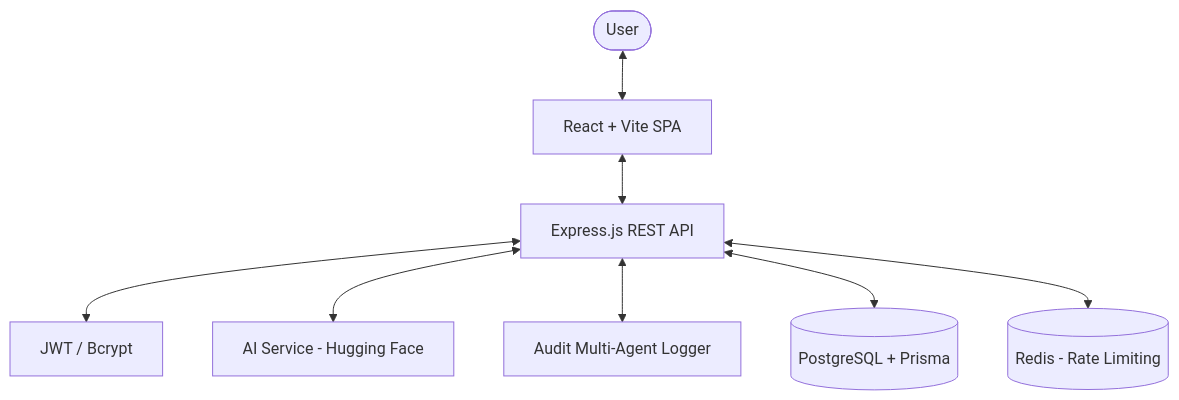
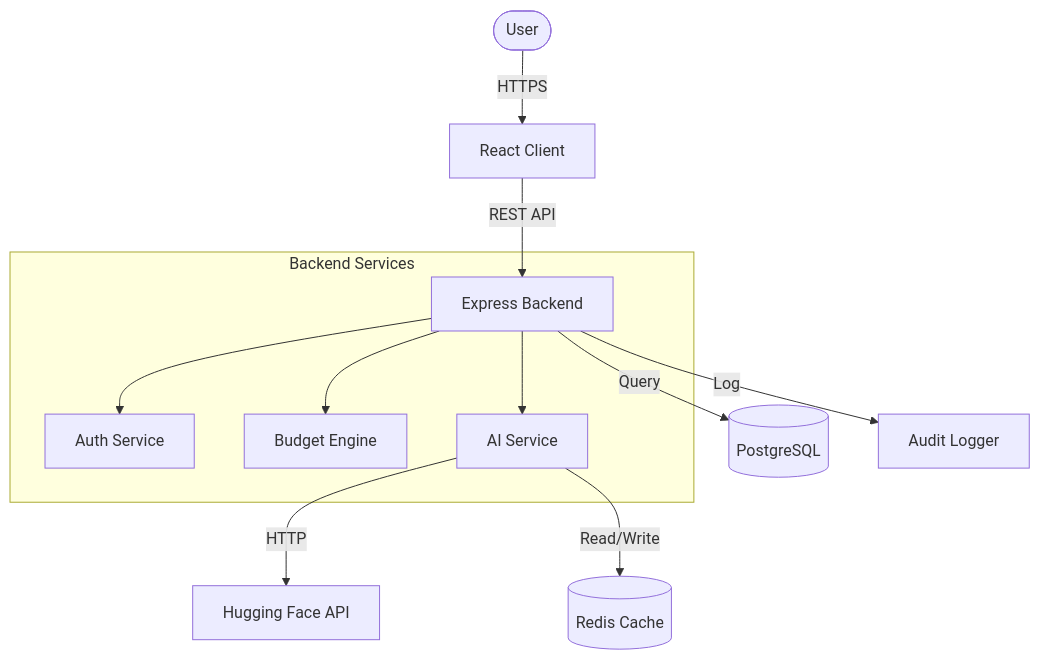
The diagram in README.md (amar-295/student-finance-db), drawn with Mermaid before and after one commit. The commit also changed other lines of this file, not shown here.

````diff
--- a/README.md
+++ b/README.md
@@ -18,10 +55,17 @@
 ```mermaid
 graph TD
-    User([User]) <--> Frontend[React + Vite SPA]
-    Frontend <--> API[Express.js REST API]
-    API <--> Auth[JWT / Bcrypt]
-    API <--> AI[AI Service - Hugging Face]
-    API <--> Audit[Audit Multi-Agent Logger]
-    API <--> DB[(PostgreSQL + Prisma)]
-    API <--> Redis[(Redis - Rate Limiting)]
+    User([User]) -->|HTTPS| Frontend[React Client]
+    Frontend -->|REST API| API[Express Backend]
+    
+    subgraph "Backend Services"
+        API --> Auth[Auth Service]
+        API --> Budget[Budget Engine]
+        API --> AI[AI Service]
+    end
+    
+    AI -->|HTTP| HF[Hugging Face API]
+    AI -->|Read/Write| Redis[(Redis Cache)]
+    
+    API -->|Query| DB[(PostgreSQL)]
+    API -->|Log| Audit[Audit Logger]
 ```
````
